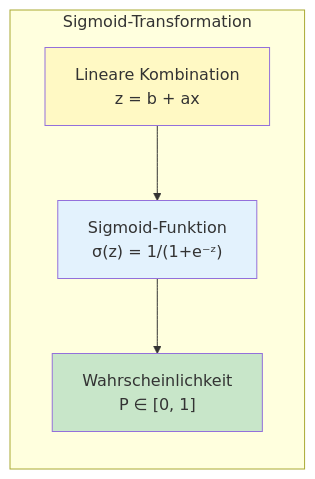
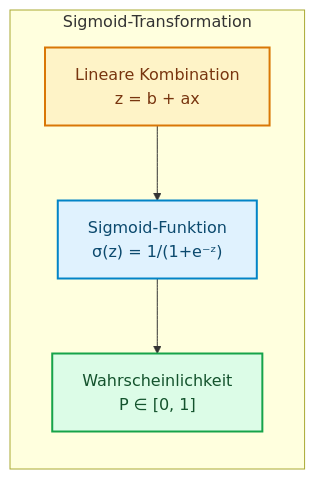
The seventh of 9 diagrams in docs/concepts/modeling/regression.md (ralf-42/ML_Intro), drawn with Mermaid before and after one commit. The commit also changed other lines of this file and 67 other files, not shown here.

````diff
--- a/docs/concepts/modeling/regression.md
+++ b/docs/concepts/modeling/regression.md
@@ -331,15 +334,17 @@
 ```mermaid
 flowchart LR
     subgraph sigmoid["Sigmoid-Transformation"]
         direction TB
         I["Lineare Kombination<br/>z = b + ax"]
         S["Sigmoid-Funktion<br/>σ(z) = 1/(1+e⁻ᶻ)"]
         O["Wahrscheinlichkeit<br/>P ∈ [0, 1]"]
         
         I --> S --> O
     end
-    
-    style I fill:#fff9c4
-    style S fill:#e3f2fd
-    style O fill:#c8e6c9
+
+    classDef default fill:#e0f2fe,stroke:#0284c7,stroke-width:2px,color:#0c4a6e;
+    classDef metric fill:#fef3c7,stroke:#d97706,stroke-width:2px,color:#78350f;
+    classDef output fill:#dcfce7,stroke:#16a34a,stroke-width:2px,color:#14532d;
+    class I metric;
+    class O output;
 ```
````
